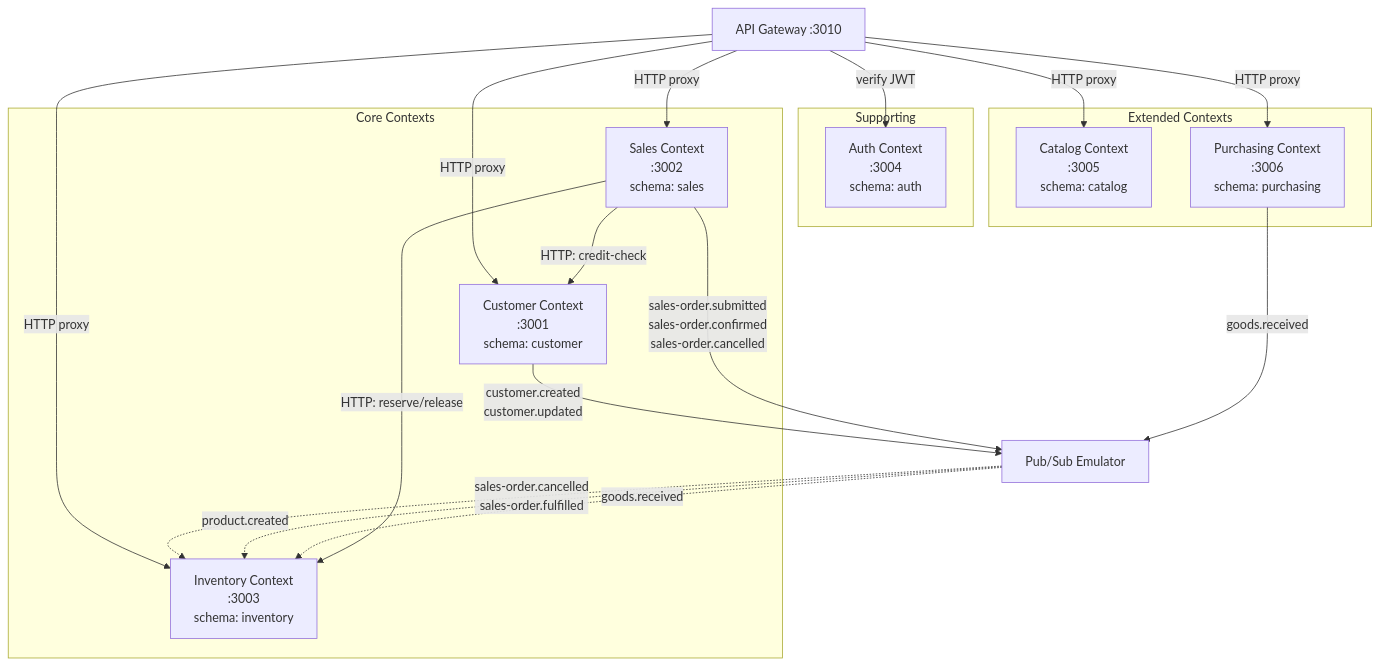
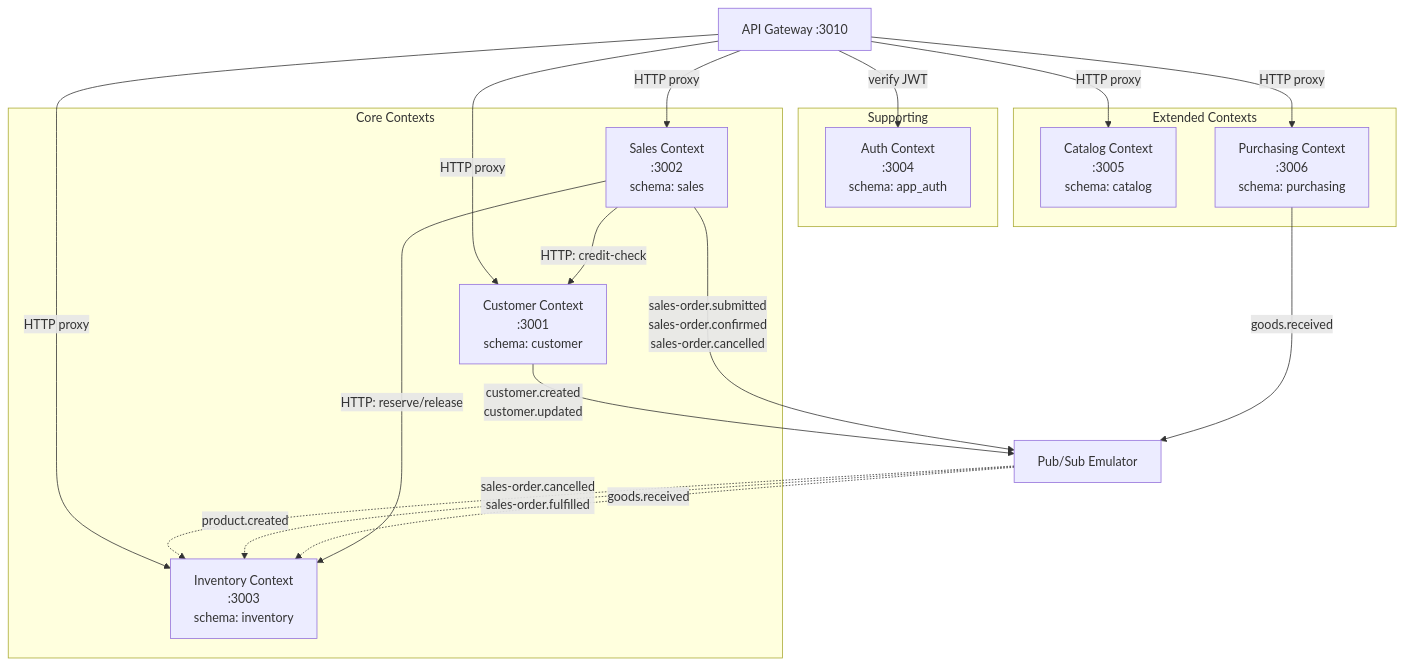
The first of 3 diagrams in docs/architecture/bounded-contexts.md (ndmthuan97/ERP-Prototype-Example), drawn with Mermaid before and after one commit. The commit also changed other lines of this file and 200 other files, not shown here.

````diff
--- a/docs/architecture/bounded-contexts.md
+++ b/docs/architecture/bounded-contexts.md
@@ -39,38 +39,38 @@
 ```mermaid
 flowchart TB
     subgraph Supporting
-        Auth["Auth Context\n:3004\nschema: auth"]
+        Auth["Auth Context\n:3004\nschema: app_auth"]
     end
 
     subgraph Core Contexts
         Customer["Customer Context\n:3001\nschema: customer"]
         Order["Sales Context\n:3002\nschema: sales"]
         Inventory["Inventory Context\n:3003\nschema: inventory"]
     end
 
     subgraph Extended Contexts
         Catalog["Catalog Context\n:3005\nschema: catalog"]
         Purchasing["Purchasing Context\n:3006\nschema: purchasing"]
     end
 
     GW["API Gateway :3010"]
     PS["Pub/Sub Emulator"]
 
     GW -- "verify JWT" --> Auth
     GW -- "HTTP proxy" --> Customer
     GW -- "HTTP proxy" --> Order
     GW -- "HTTP proxy" --> Inventory
     GW -- "HTTP proxy" --> Catalog
     GW -- "HTTP proxy" --> Purchasing
 
     Customer -- "customer.created\ncustomer.updated" --> PS
     Order -- "sales-order.submitted\nsales-order.confirmed\nsales-order.cancelled" --> PS
     Purchasing -- "goods.received" --> PS
 
     PS -. "sales-order.cancelled\nsales-order.fulfilled" .-> Inventory
     PS -. "product.created" .-> Inventory
     PS -. "goods.received" .-> Inventory
 
     Order -- "HTTP: reserve/release" --> Inventory
     Order -- "HTTP: credit-check" --> Customer
 ```
````
